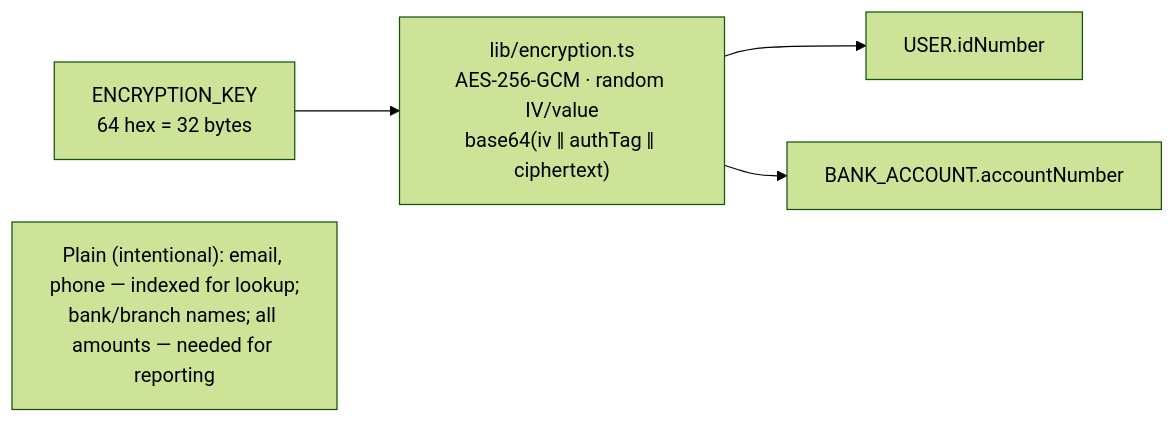
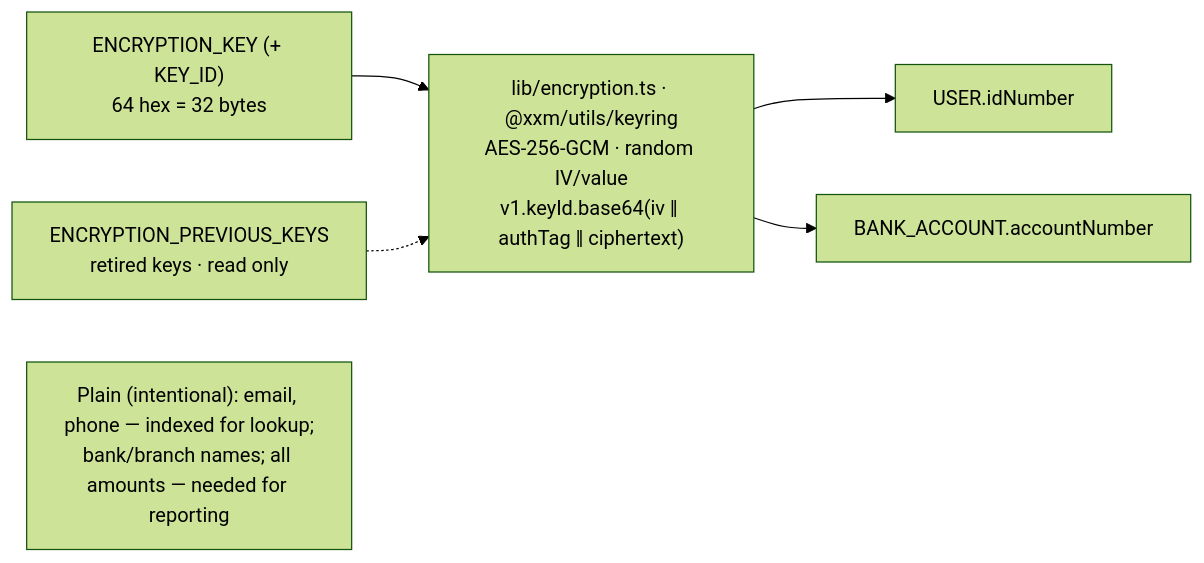
One commit to KSDRILL-SA/Xkimi-Xa-Mali changed the fifth of 5 diagrams in docs/database/01-erd.md. Above: the diagram before and after it, drawn with Mermaid (forest theme). The commit also changed 20 other files, not shown here.

````diff
--- a/docs/database/01-erd.md
+++ b/docs/database/01-erd.md
@@ -174,7 +174,8 @@
 ```mermaid
 flowchart LR
-    KEY["ENCRYPTION_KEY<br/>64 hex = 32 bytes"] --> ENC["lib/encryption.ts<br/>AES-256-GCM · random IV/value<br/>base64(iv ‖ authTag ‖ ciphertext)"]
+    KEY["ENCRYPTION_KEY (+ KEY_ID)<br/>64 hex = 32 bytes"] --> ENC["lib/encryption.ts · @xxm/utils/keyring<br/>AES-256-GCM · random IV/value<br/>v1.keyId.base64(iv ‖ authTag ‖ ciphertext)"]
+    OLD["ENCRYPTION_PREVIOUS_KEYS<br/>retired keys · read only"] -.-> ENC
     ENC --> F1["USER.idNumber"]
     ENC --> F2["BANK_ACCOUNT.accountNumber"]
     PLAIN["Plain (intentional): email, phone — indexed for lookup;<br/>bank/branch names; all amounts — needed for reporting"]
 ```
````
